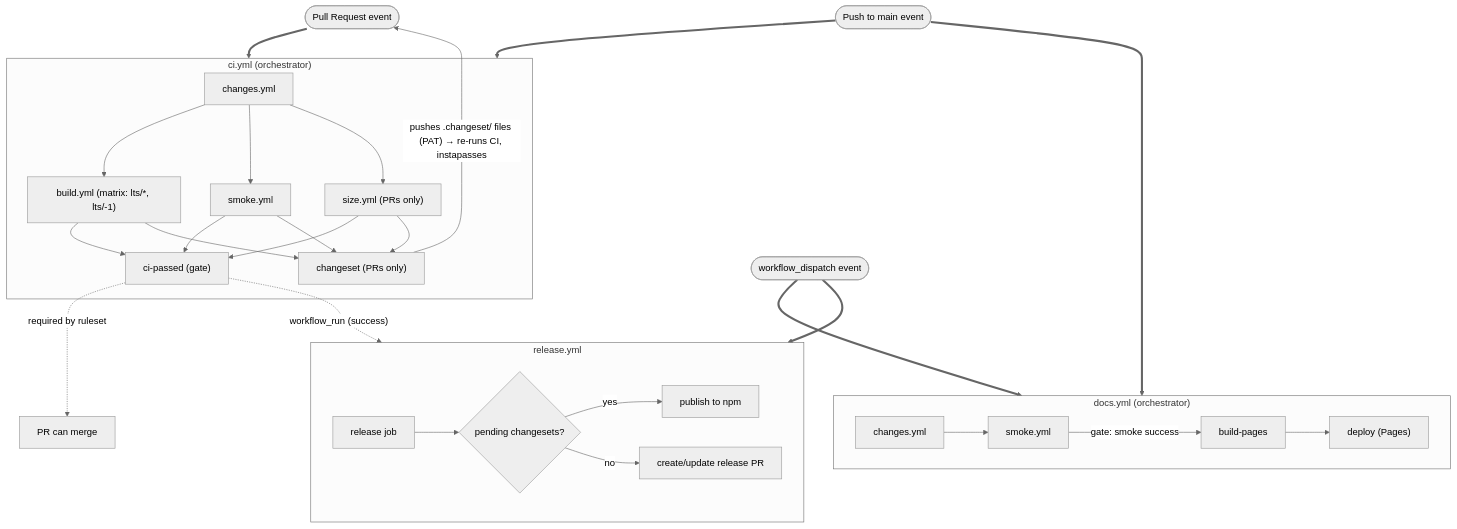
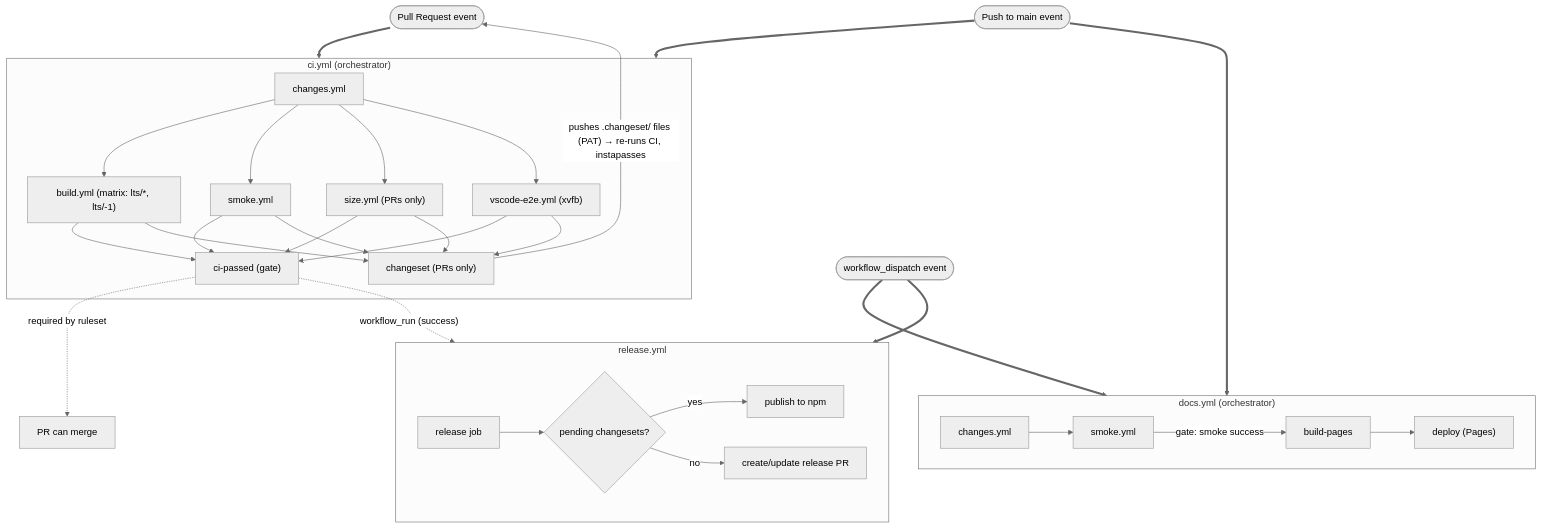
The first of 2 diagrams in .github/workflows/README.md (thejustinwalsh/three-flatland), drawn with Mermaid (neutral theme) before and after one commit. The commit also changed other lines of this file and 8 other files, not shown here.

````diff
--- a/.github/workflows/README.md
+++ b/.github/workflows/README.md
@@ -5,43 +5,46 @@
 ```mermaid
 graph TD
     PR(["Pull Request event"])
     Push(["Push to main event"])
     Manual(["workflow_dispatch event"])
 
     subgraph CIOrch ["ci.yml (orchestrator)"]
         CIChanges["changes.yml"]
         CIChanges --> CIBuild["build.yml (matrix: lts/*, lts/-1)"]
         CIChanges --> CISmoke["smoke.yml"]
         CIChanges --> CISize["size.yml (PRs only)"]
+        CIChanges --> CIVscodeE2E["vscode-e2e.yml (xvfb)"]
         CIBuild --> Gate["ci-passed (gate)"]
         CISmoke --> Gate
         CISize --> Gate
+        CIVscodeE2E --> Gate
         CIBuild --> ChangesetJob["changeset (PRs only)"]
         CISmoke --> ChangesetJob
         CISize --> ChangesetJob
+        CIVscodeE2E --> ChangesetJob
     end
     ChangesetJob -->|"pushes .changeset/ files (PAT) → re-runs CI, instapasses"| PR
 
     subgraph DocsOrch ["docs.yml (orchestrator)"]
         DocsChanges["changes.yml"]
         DocsChanges --> DocsSmoke["smoke.yml"]
         DocsSmoke -->|"gate: smoke success"| BuildPages["build-pages"]
         BuildPages --> DocsDeploy["deploy (Pages)"]
     end
 
     subgraph ReleaseFlow ["release.yml"]
         Release["release job"]
         Release --> Changesets{"pending changesets?"}
         Changesets -->|yes| Publish["publish to npm"]
         Changesets -->|no| ReleasePR["create/update release PR"]
     end
 
     PR ==> CIOrch
     Push ==> CIOrch
     Push ==> DocsOrch
     Manual ==> DocsOrch
     Manual ==> ReleaseFlow
 
     Gate -.->|"workflow_run (success)"| ReleaseFlow
     Gate -.->|"required by ruleset"| Merge["PR can merge"]
 ```
````
